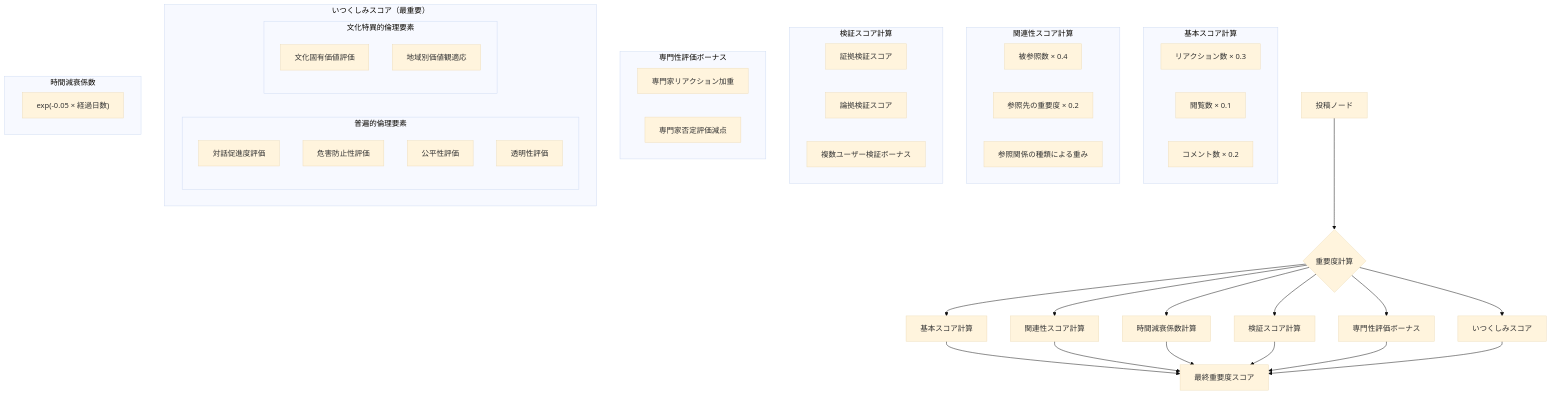
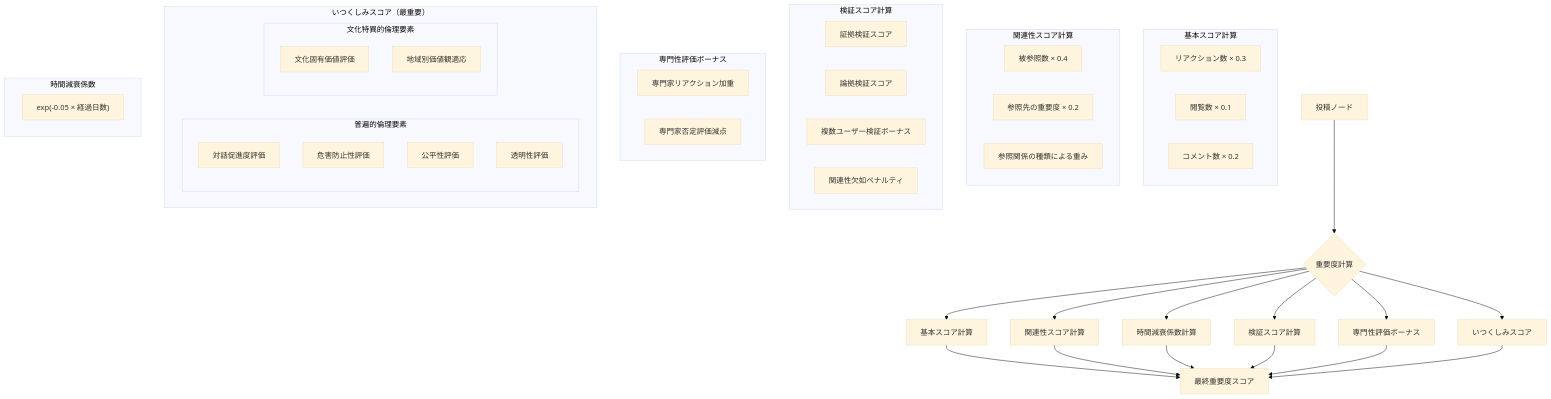
The sixth of 9 diagrams in specs/architecture.md (sika7/kagami), drawn with Mermaid (base theme) before and after one commit. The commit also changed other lines of this file, not shown here.

````diff
--- a/specs/architecture.md
+++ b/specs/architecture.md
@@ -441,56 +441,57 @@
 ```mermaid
 flowchart TD
     A[投稿ノード] --> B{重要度計算}
     B --> C[基本スコア計算]
     B --> D[関連性スコア計算]
     B --> E[時間減衰係数計算]
     B --> V[検証スコア計算]
     B --> X[専門性評価ボーナス]
     B --> Y[いつくしみスコア]
     C --> F[最終重要度スコア]
     D --> F
     E --> F
     V --> F
     X --> F
     Y --> F
     
     subgraph basic["基本スコア計算"]
         C1["リアクション数 × 0.3"]
         C2["閲覧数 × 0.1"]
         C3["コメント数 × 0.2"]
     end
     
     subgraph relation["関連性スコア計算"]
         D1["被参照数 × 0.4"]
         D2["参照先の重要度 × 0.2"]
         D3["参照関係の種類による重み"]
     end
     
     subgraph verification["検証スコア計算"]
         V1["証拠検証スコア"]
         V2["論拠検証スコア"]
         V3["複数ユーザー検証ボーナス"]
+        V4["関連性欠如ペナルティ"]
     end
     
     subgraph expertise["専門性評価ボーナス"]
         X1["専門家リアクション加重"]
         X2["専門家否定評価減点"]
     end
     
     subgraph ethics["いつくしみスコア（最重要）"]
         subgraph universal["普遍的倫理要素"]
             Y1["対話促進度評価"]
             Y2["危害防止性評価"]
             Y3["公平性評価"]
             Y4["透明性評価"]
         end
         subgraph cultural["文化特異的倫理要素"]
             Y5["文化固有価値評価"]
             Y6["地域別価値観適応"]
         end
     end
     
     subgraph time["時間減衰係数"]
         E1["exp(-0.05 × 経過日数)"]
     end
 ```
````
